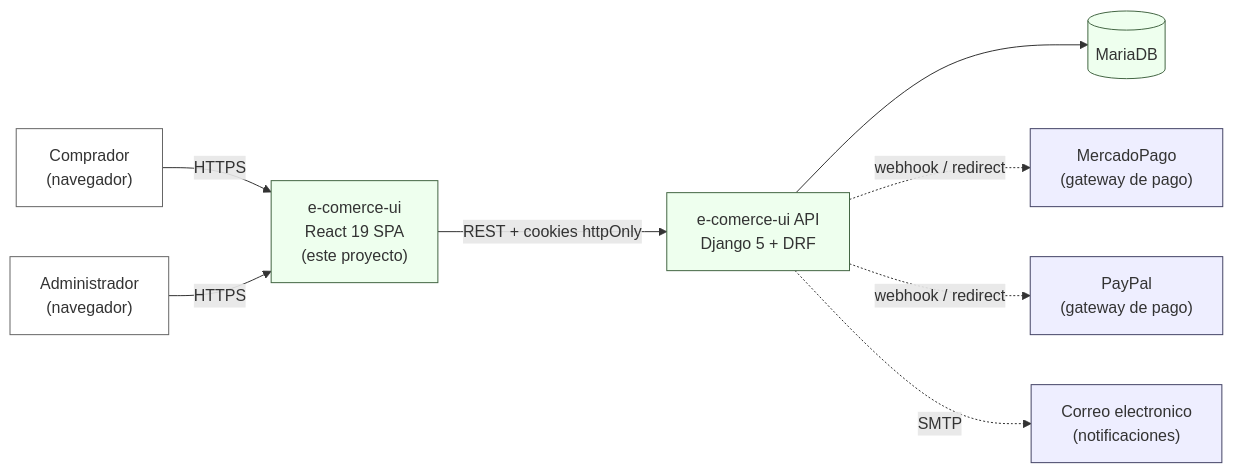
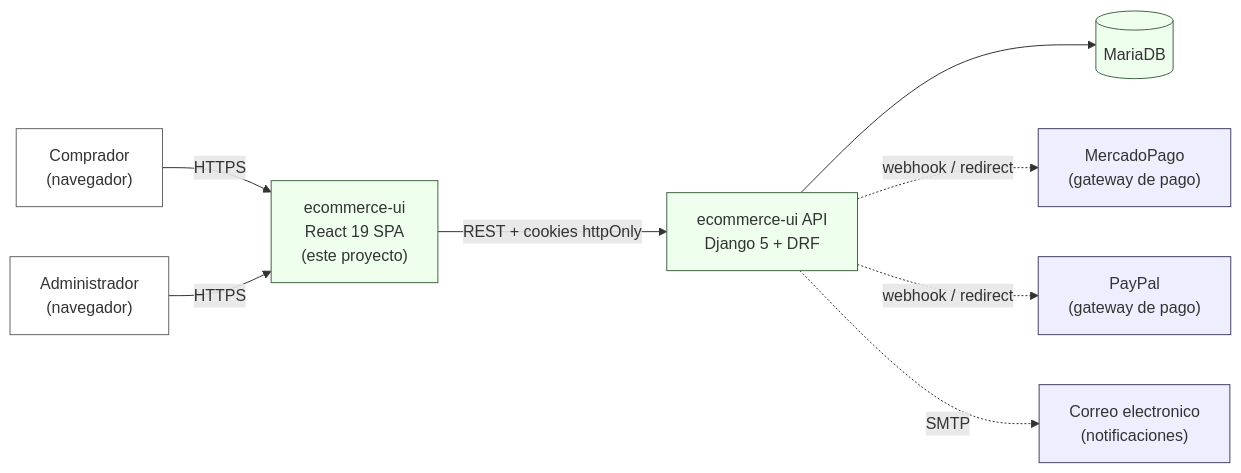
One commit to jcg-admin/template-ecommerce-ui changed the diagram in docs/contexto-y-alcance-del-sistema/contexto-y-alcance-del-sistema.md. Above: the diagram before and after it, drawn with Mermaid. The commit also changed other lines of this file and 251 other files, not shown here.

First line of the commit message:
Rename e-comerce-ui to ecommerce-ui (F3)

````diff
--- a/docs/contexto-y-alcance-del-sistema/contexto-y-alcance-del-sistema.md
+++ b/docs/contexto-y-alcance-del-sistema/contexto-y-alcance-del-sistema.md
@@ -19,26 +19,26 @@
 ```mermaid
 flowchart LR
     Comprador["Comprador<br/>(navegador)"]
     Admin["Administrador<br/>(navegador)"]
-    UI["e-comerce-ui<br/>React 19 SPA<br/>(este proyecto)"]
-    API["e-comerce-ui API<br/>Django 5 + DRF"]
+    UI["ecommerce-ui<br/>React 19 SPA<br/>(este proyecto)"]
+    API["ecommerce-ui API<br/>Django 5 + DRF"]
     DB[("MariaDB")]
     MP["MercadoPago<br/>(gateway de pago)"]
     PP["PayPal<br/>(gateway de pago)"]
     Mail["Correo electronico<br/>(notificaciones)"]
 
     Comprador -->|"HTTPS"| UI
     Admin -->|"HTTPS"| UI
     UI -->|"REST + cookies httpOnly"| API
     API --> DB
     API -.->|"webhook / redirect"| MP
     API -.->|"webhook / redirect"| PP
     API -.->|"SMTP"| Mail
 
     classDef external fill:#eef,stroke:#446,stroke-width:1px;
     classDef system fill:#efe,stroke:#464,stroke-width:1px;
     classDef user fill:#fff,stroke:#666,stroke-width:1px;
     class Comprador,Admin user;
     class UI,API,DB system;
     class MP,PP,Mail external;
 ```
````
